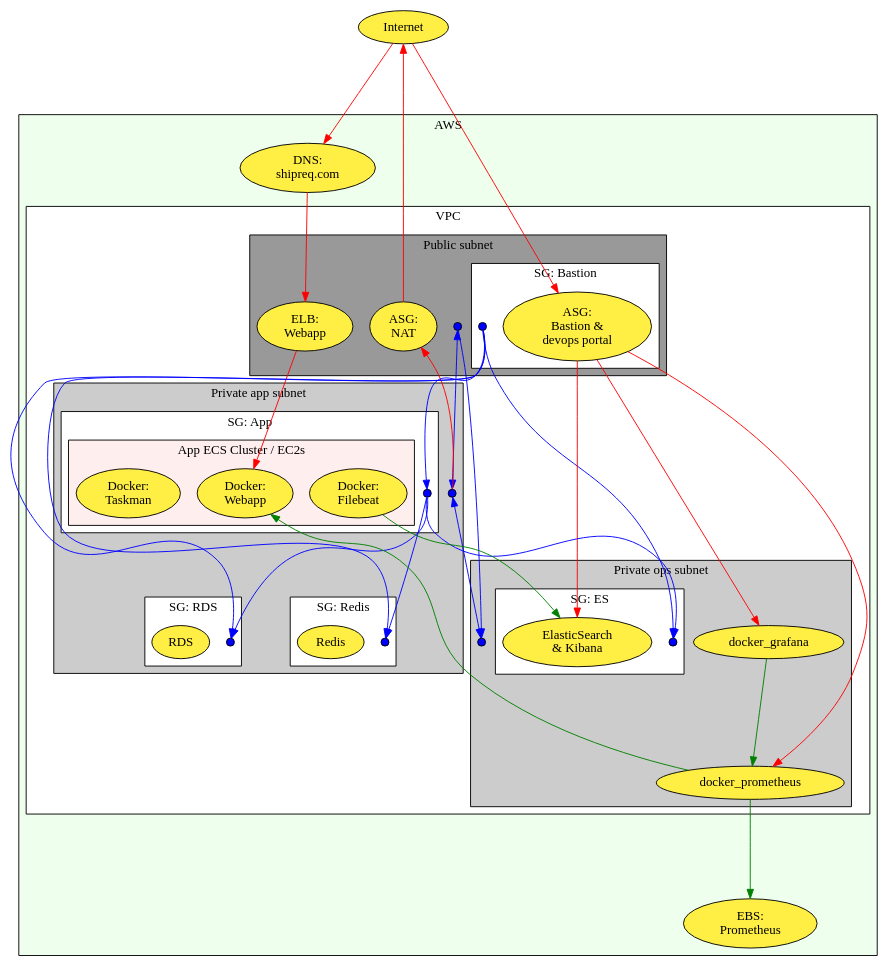
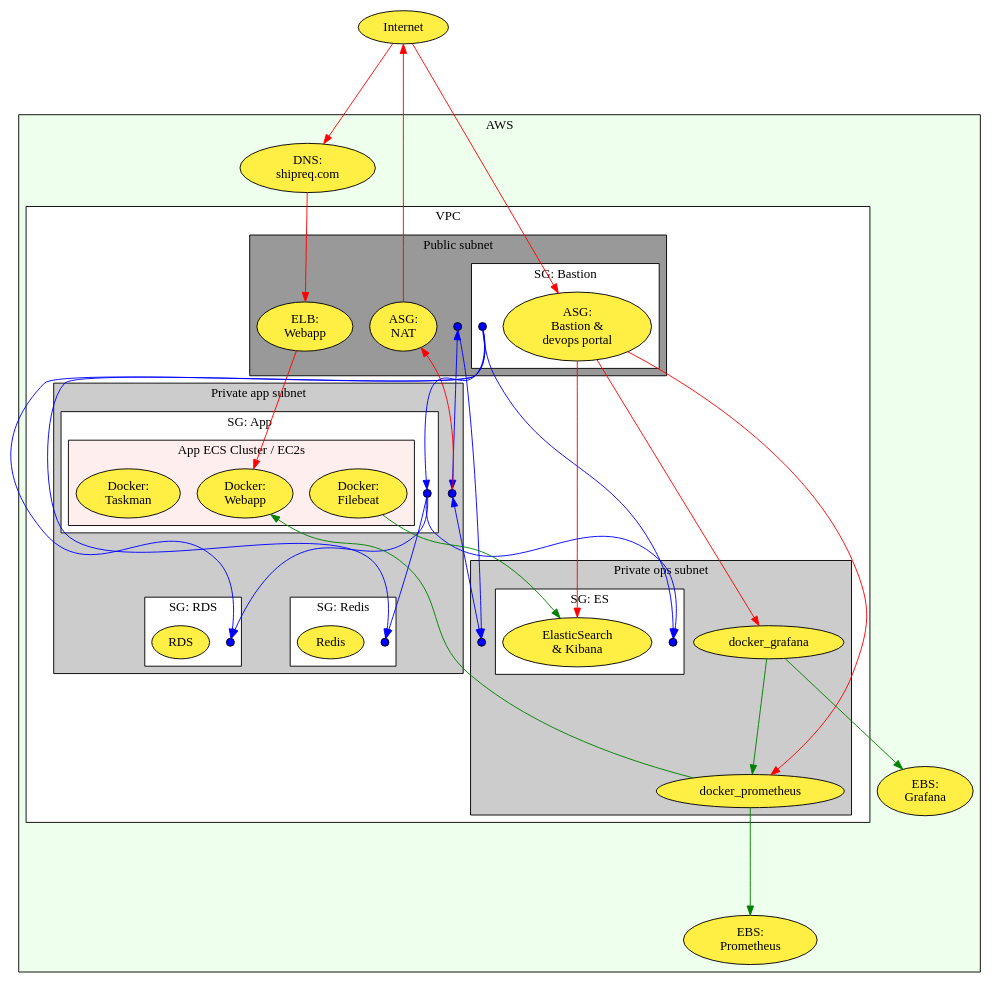
One commit to shipreq/shipreq changed the diagram in Infrastructure/architecture.gv. Above: the diagram before and after it, drawn with Graphviz. The commit also changed 1 other file, not shown here.

Commit message:
Add Grafana EBS to architecture diagram

```diff
--- a/Infrastructure/architecture.gv
+++ b/Infrastructure/architecture.gv
@@ -1,94 +1,96 @@
 digraph {
   node [style=filled fillcolor="#ffee44"]
   graph [ranksep=1.5]
 
   internet [label=Internet]
 
   subgraph cluster_AWS {
     label="AWS" style=filled fillcolor="#eeffee"
     dns_shipreq [label="DNS:\nshipreq.com"]
     ebs_prometheus [label="EBS:\nPrometheus"]
+    ebs_grafana [label="EBS:\nGrafana"]
 
     subgraph cluster_VPC {
       label="VPC" fillcolor=white
 
       subgraph cluster_public {
         label="Public subnet" fillcolor="#999999"
         subnet_public [shape=point fillcolor=blue width=.12]
         elb_webapp [label="ELB:\nWebapp"]
         nat [label="ASG:\nNAT"]
 
         subgraph cluster_sg_bastion {
           label="SG: Bastion" fillcolor=white
           sg_bastion [shape=point fillcolor=blue width=.12]
           bastion [label="ASG:\nBastion &\ndevops portal"]
         }
       }
 
       subgraph cluster_private_app {
         label="Private app subnet" fillcolor="#cccccc"
         subnet_private_app [shape=point fillcolor=blue width=.12]
 
         subgraph cluster_sg_rds {
           label="SG: RDS" fillcolor=white
           sg_rds [shape=point fillcolor=blue width=.12]
           rds [label="RDS"]
         }
 
         subgraph cluster_sg_redis {
           label="SG: Redis" fillcolor=white
           sg_redis [shape=point fillcolor=blue width=.12]
           redis [label="Redis"]
         }
 
         subgraph cluster_sg_app {
           label="SG: App" fillcolor=white
           sg_app [shape=point fillcolor=blue width=.12]
 
           subgraph cluster_ecs2_app {
             label="App ECS Cluster / EC2s" fillcolor="#ffeeee"
             docker_filebeat [label="Docker:\nFilebeat"]
             docker_webapp [label="Docker:\nWebapp"]
             docker_taskman [label="Docker:\nTaskman"]
           }
         }
       }
 
       subgraph cluster_private_ops {
         label="Private ops subnet" fillcolor="#cccccc"
         subnet_private_ops [shape=point fillcolor=blue width=.12]
 
         subgraph cluster_sg_es {
           label="SG: ES" fillcolor=white
           sg_es [shape=point fillcolor=blue width=.12]
           es [label="ElasticSearch\n& Kibana"]
         }
 
         docker_prometheus
         docker_grafana
         # TODO: prometheus
         # TODO: grafana
       }
     }
   }
 
   edge [color=red]
   internet -> dns_shipreq -> elb_webapp
   internet -> nat [dir=back]
   internet -> bastion -> es,docker_prometheus,docker_grafana
   elb_webapp -> docker_webapp
   nat -> subnet_private_app [dir=back]
 
   edge [color=blue]
   subnet_public -> subnet_private_app [dir=both]
   subnet_public -> subnet_private_ops
   subnet_private_app -> subnet_private_ops [dir=both]
   sg_app -> sg_rds,sg_redis,sg_es
   sg_bastion -> sg_app,sg_rds,sg_redis,sg_es
 
   edge [color=green]
   docker_filebeat -> es
   docker_prometheus -> ebs_prometheus
+  docker_grafana -> ebs_grafana
   docker_webapp -> docker_prometheus [dir=back]
   docker_grafana -> docker_prometheus
 }
```
